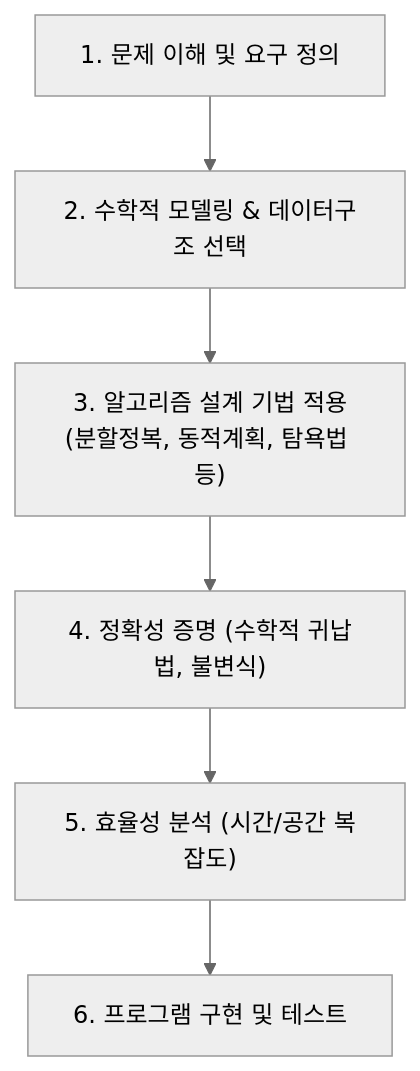
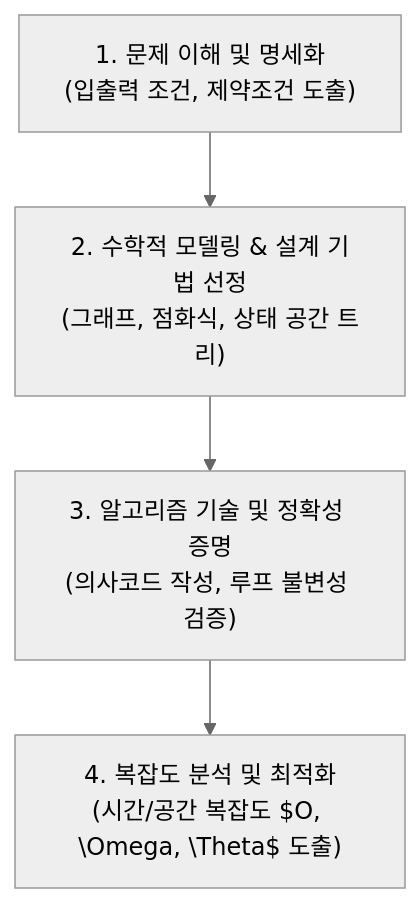
Before and after one commit to umyunsang/edu: the diagram in ComputerScience/06_algorithms-graphics/algorithm-design-analysis/notes/01. 알고리즘의 개요와 문제 해결 프레임워크.md, drawn with Mermaid (neutral theme). The commit also changed other lines of this file and 32 other files, not shown here.

````diff
--- a/ComputerScience/06_algorithms-graphics/algorithm-design-analysis/notes/01. 알고리즘의 개요와 문제 해결 프레임워크.md
+++ b/ComputerScience/06_algorithms-graphics/algorithm-design-analysis/notes/01. 알고리즘의 개요와 문제 해결 프레임워크.md
@@ -44,8 +33,6 @@
 ```mermaid
 flowchart TD
-    A["1. 문제 이해 및 요구 정의"] --> B["2. 수학적 모델링 & 데이터구조 선택"]
-    B --> C["3. 알고리즘 설계 기법 적용<br/>(분할정복, 동적계획, 탐욕법 등)"]
-    C --> D["4. 정확성 증명 (수학적 귀납법, 불변식)"]
-    D --> E["5. 효율성 분석 (시간/공간 복잡도)"]
-    E --> F["6. 프로그램 구현 및 테스트"]
+    P1["1. 문제 이해 및 명세화<br/>(입출력 조건, 제약조건 도출)"] --> P2["2. 수학적 모델링 & 설계 기법 선정<br/>(그래프, 점화식, 상태 공간 트리)"]
+    P2 --> P3["3. 알고리즘 기술 및 정확성 증명<br/>(의사코드 작성, 루프 불변성 검증)"]
+    P3 --> P4["4. 복잡도 분석 및 최적화<br/>(시간/공간 복잡도 $O, \Omega, \Theta$ 도출)"]
 ```
````
